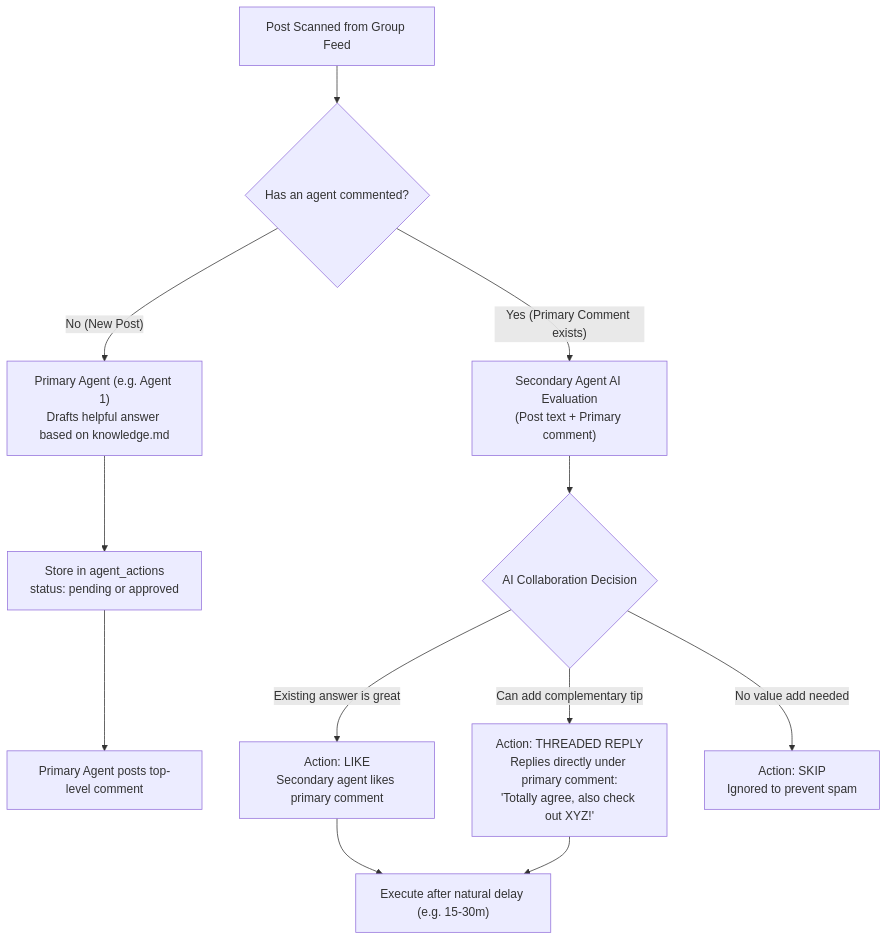
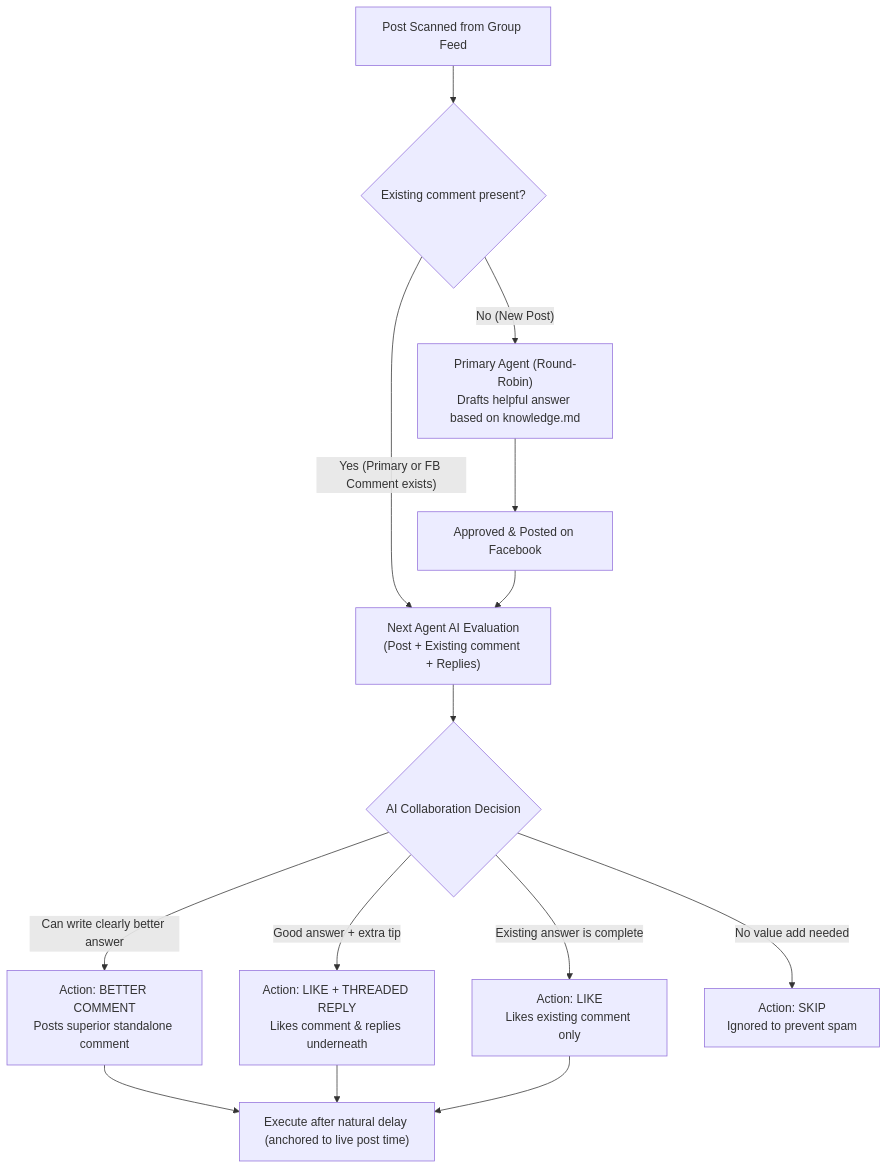
One commit to devtayyab/FbBot changed the diagram in README.md. Above: the diagram before and after it, drawn with Mermaid. The commit also changed other lines of this file and 11 other files, not shown here.

Commit message:
Complete multi-agent like_and_reply, better-comment logic, DOM fixes, and Windows support

````diff
--- a/README.md
+++ b/README.md
@@ -19,18 +20,20 @@
 ```mermaid
 flowchart TD
-    A["Post Scanned from Group Feed"] --> B{"Has an agent commented?"}
+    A["Post Scanned from Group Feed"] --> B{"Existing comment present?"}
     
-    B -- "No (New Post)" --> C["Primary Agent (e.g. Agent 1)\nDrafts helpful answer based on knowledge.md"]
-    C --> D["Store in agent_actions\nstatus: pending or approved"]
-    D --> E["Primary Agent posts top-level comment"]
+    B -- "No (New Post)" --> C["Primary Agent (Round-Robin)\nDrafts helpful answer based on knowledge.md"]
+    C --> D["Approved & Posted on Facebook"]
     
-    B -- "Yes (Primary Comment exists)" --> F["Secondary Agent AI Evaluation\n(Post text + Primary comment)"]
+    B -- "Yes (Primary or FB Comment exists)" --> F["Next Agent AI Evaluation\n(Post + Existing comment + Replies)"]
+    D --> F
     F --> G{"AI Collaboration Decision"}
     
-    G -- "Existing answer is great" --> H["Action: LIKE\nSecondary agent likes primary comment"]
-    G -- "Can add complementary tip" --> I["Action: THREADED REPLY\nReplies directly under primary comment:\n'Totally agree, also check out XYZ!'"]
+    G -- "Can write clearly better answer" --> H1["Action: BETTER COMMENT\nPosts superior standalone comment"]
+    G -- "Good answer + extra tip" --> H2["Action: LIKE + THREADED REPLY\nLikes comment & replies underneath"]
+    G -- "Existing answer is complete" --> H3["Action: LIKE\nLikes existing comment only"]
     G -- "No value add needed" --> J["Action: SKIP\nIgnored to prevent spam"]
     
-    H --> K["Execute after natural delay (e.g. 15-30m)"]
-    I --> K
+    H1 --> K["Execute after natural delay (anchored to live post time)"]
+    H2 --> K
+    H3 --> K
 ```
````
